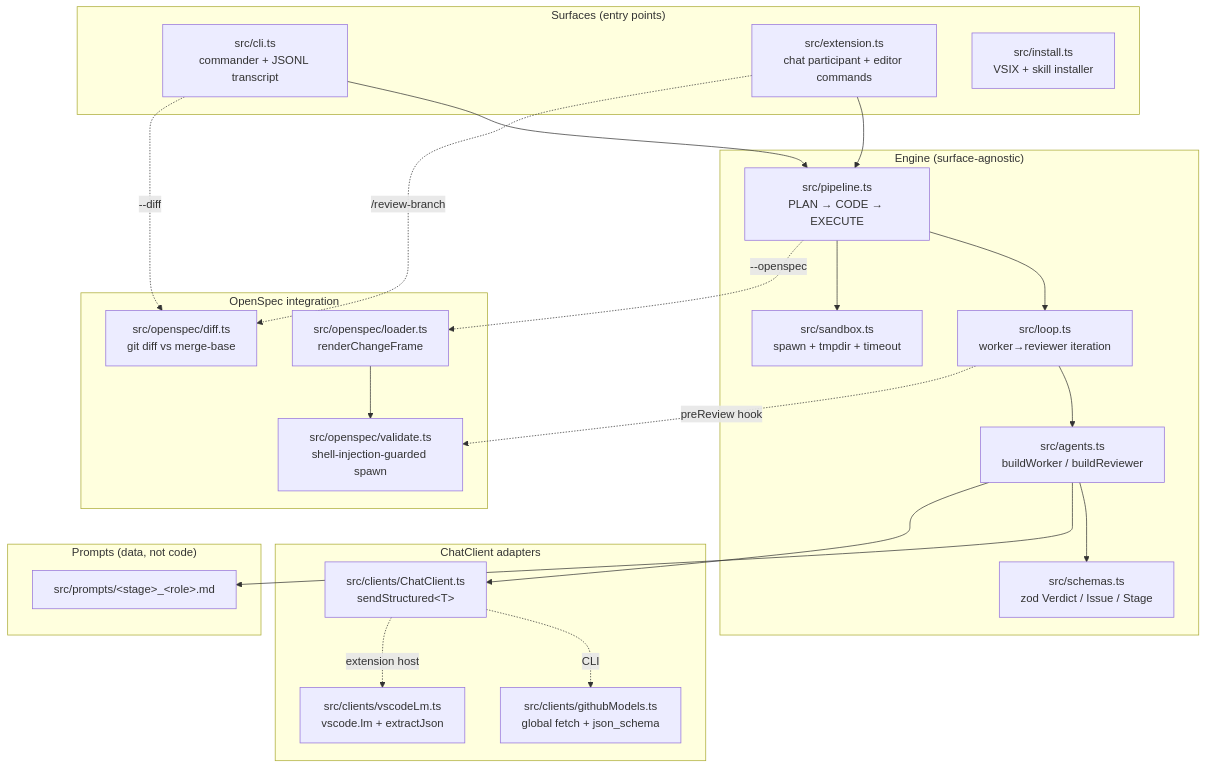
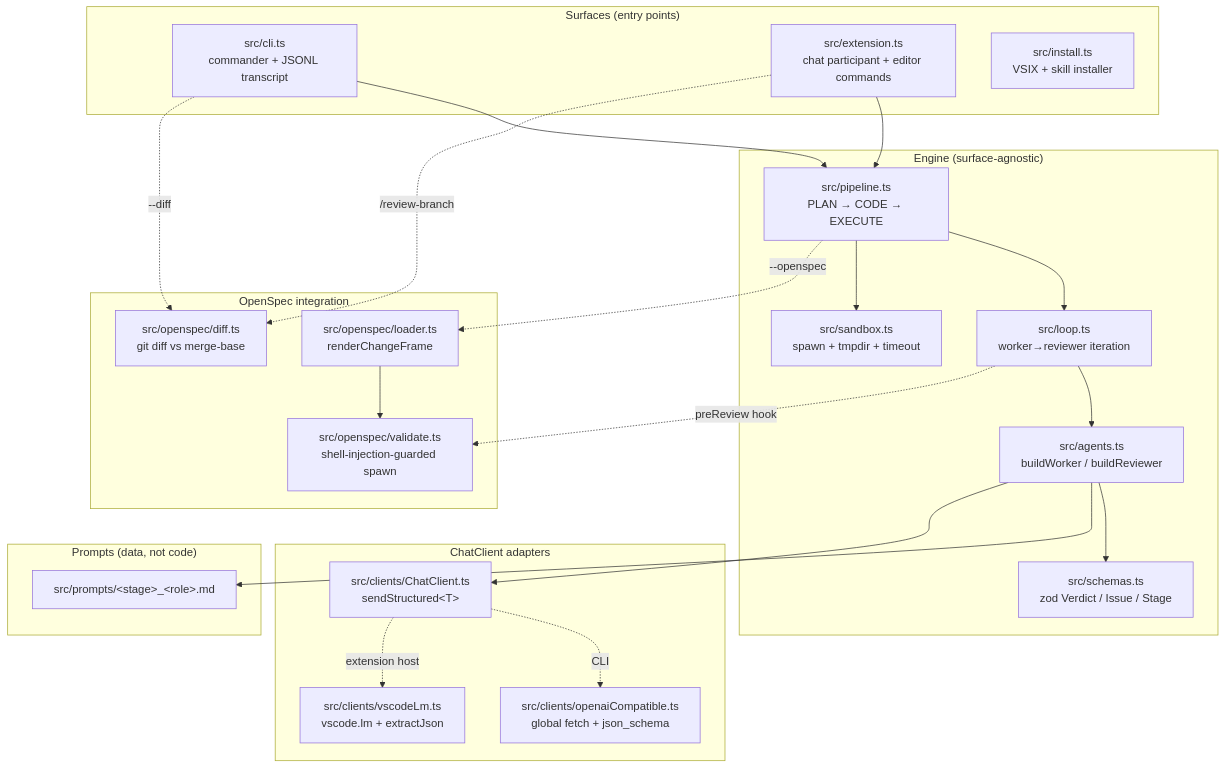
Before and after one commit to tpiironen/codecrosscheck: the first of 6 diagrams in docs/ARCHITECTURE.md, drawn with Mermaid. The commit also changed other lines of this file and 24 other files, not shown here.

````diff
--- a/docs/ARCHITECTURE.md
+++ b/docs/ARCHITECTURE.md
@@ -25,48 +25,48 @@
 ```mermaid
 flowchart TB
   subgraph Surfaces["Surfaces (entry points)"]
     CLI["src/cli.ts<br/>commander + JSONL transcript"]
     EXT["src/extension.ts<br/>chat participant + editor commands"]
     INST["src/install.ts<br/>VSIX + skill installer"]
   end
 
   subgraph Engine["Engine (surface-agnostic)"]
     PIPE["src/pipeline.ts<br/>PLAN → CODE → EXECUTE"]
     LOOP["src/loop.ts<br/>worker→reviewer iteration"]
     AGENTS["src/agents.ts<br/>buildWorker / buildReviewer"]
     SCHEMAS["src/schemas.ts<br/>zod Verdict / Issue / Stage"]
     SANDBOX["src/sandbox.ts<br/>spawn + tmpdir + timeout"]
   end
 
   subgraph Adapters["ChatClient adapters"]
     IFACE["src/clients/ChatClient.ts<br/>sendStructured&lt;T&gt;"]
-    GH["src/clients/githubModels.ts<br/>global fetch + json_schema"]
+    GH["src/clients/openaiCompatible.ts<br/>global fetch + json_schema"]
     VLM["src/clients/vscodeLm.ts<br/>vscode.lm + extractJson"]
   end
 
   subgraph OpenSpec["OpenSpec integration"]
     LOADER["src/openspec/loader.ts<br/>renderChangeFrame"]
     VALID["src/openspec/validate.ts<br/>shell-injection-guarded spawn"]
     DIFF["src/openspec/diff.ts<br/>git diff vs merge-base"]
   end
 
   subgraph Prompts["Prompts (data, not code)"]
     PFILES["src/prompts/&lt;stage&gt;_&lt;role&gt;.md"]
   end
 
   CLI --> PIPE
   EXT --> PIPE
   EXT -. /review-branch .-> DIFF
   CLI -. --diff .-> DIFF
   PIPE --> LOOP
   PIPE --> SANDBOX
   LOOP --> AGENTS
   AGENTS --> SCHEMAS
   AGENTS --> PFILES
   AGENTS --> IFACE
   IFACE -. CLI .-> GH
   IFACE -. extension host .-> VLM
   PIPE -. --openspec .-> LOADER
   LOOP -. preReview hook .-> VALID
   LOADER --> VALID
 ```
````
